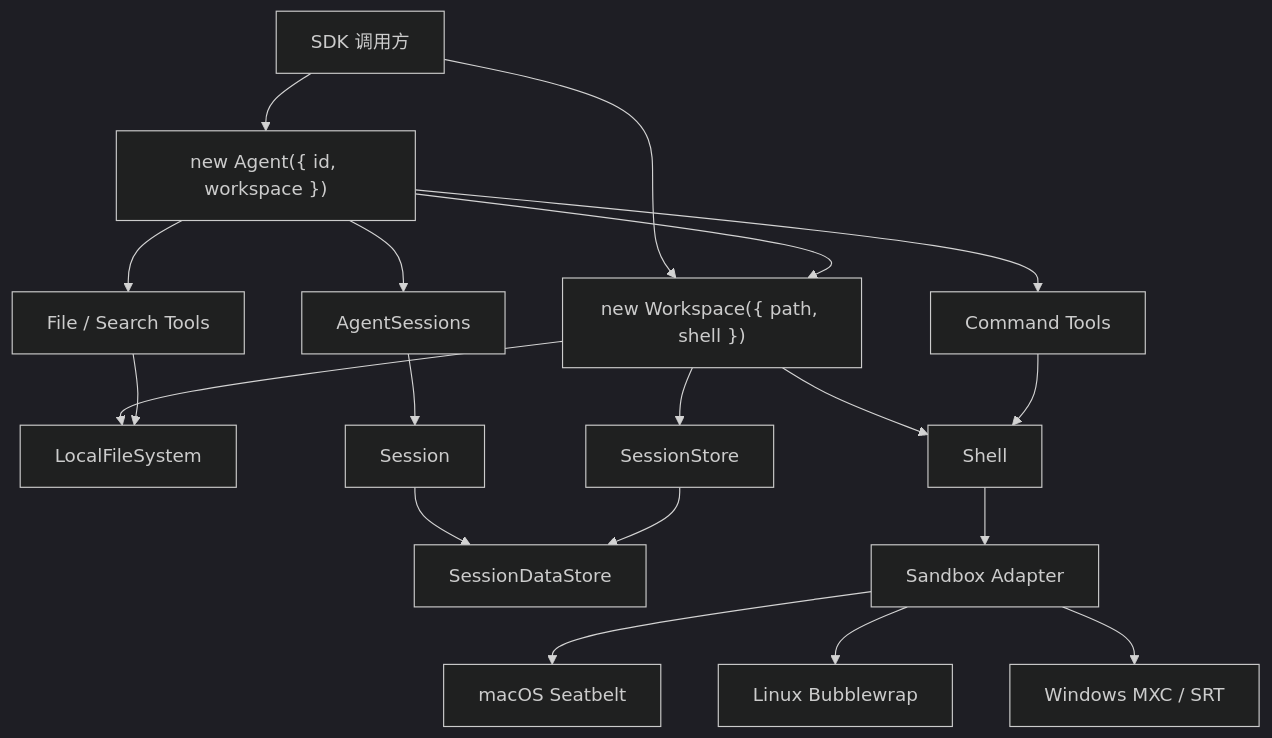
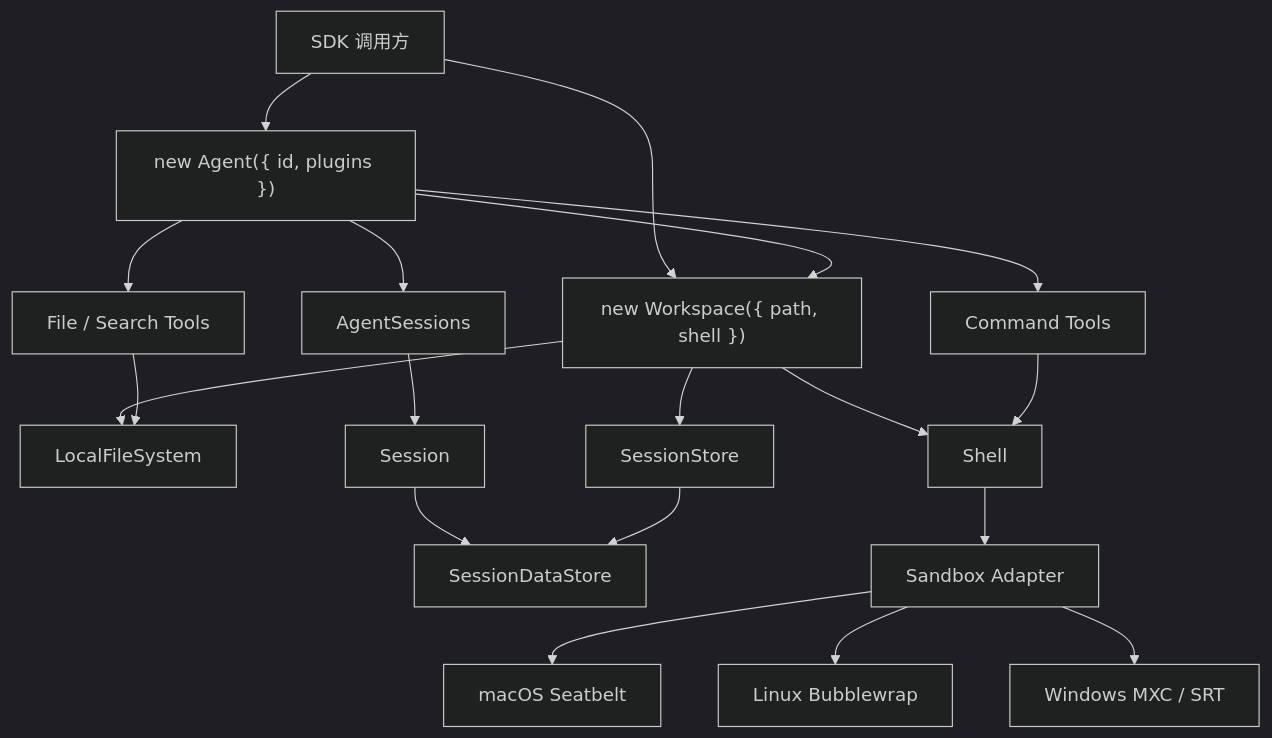
Before and after one commit to genesiscosmos/downcity: the first of 2 diagrams in docs/agent-runtime-architecture.md, drawn with Mermaid (dark theme). The commit also changed other lines of this file and 125 other files, not shown here.

````diff
--- a/docs/agent-runtime-architecture.md
+++ b/docs/agent-runtime-architecture.md
@@ -239,25 +241,25 @@
 ```mermaid
 flowchart TD
     App["SDK 调用方"] --> Workspace["new Workspace({ path, shell })"]
-    App --> Agent["new Agent({ id, workspace })"]
+    App --> Agent["new Agent({ id, plugins })"]
     Agent --> Workspace
     Workspace --> Files["LocalFileSystem"]
     Workspace --> Shell["Shell"]
     Workspace --> Store["SessionStore"]
     Agent --> Sessions["AgentSessions"]
 
     Sessions --> Session["Session"]
     Session --> SessionDataStore["SessionDataStore"]
     Store --> SessionDataStore
 
     Agent --> FileTools["File / Search Tools"]
     FileTools --> Files
 
     Agent --> ShellTools["Command Tools"]
     ShellTools --> Shell
     Shell --> Sandbox["Sandbox Adapter"]
 
     Sandbox --> Mac["macOS Seatbelt"]
     Sandbox --> Linux["Linux Bubblewrap"]
     Sandbox --> Windows["Windows MXC / SRT"]
 ```
````
